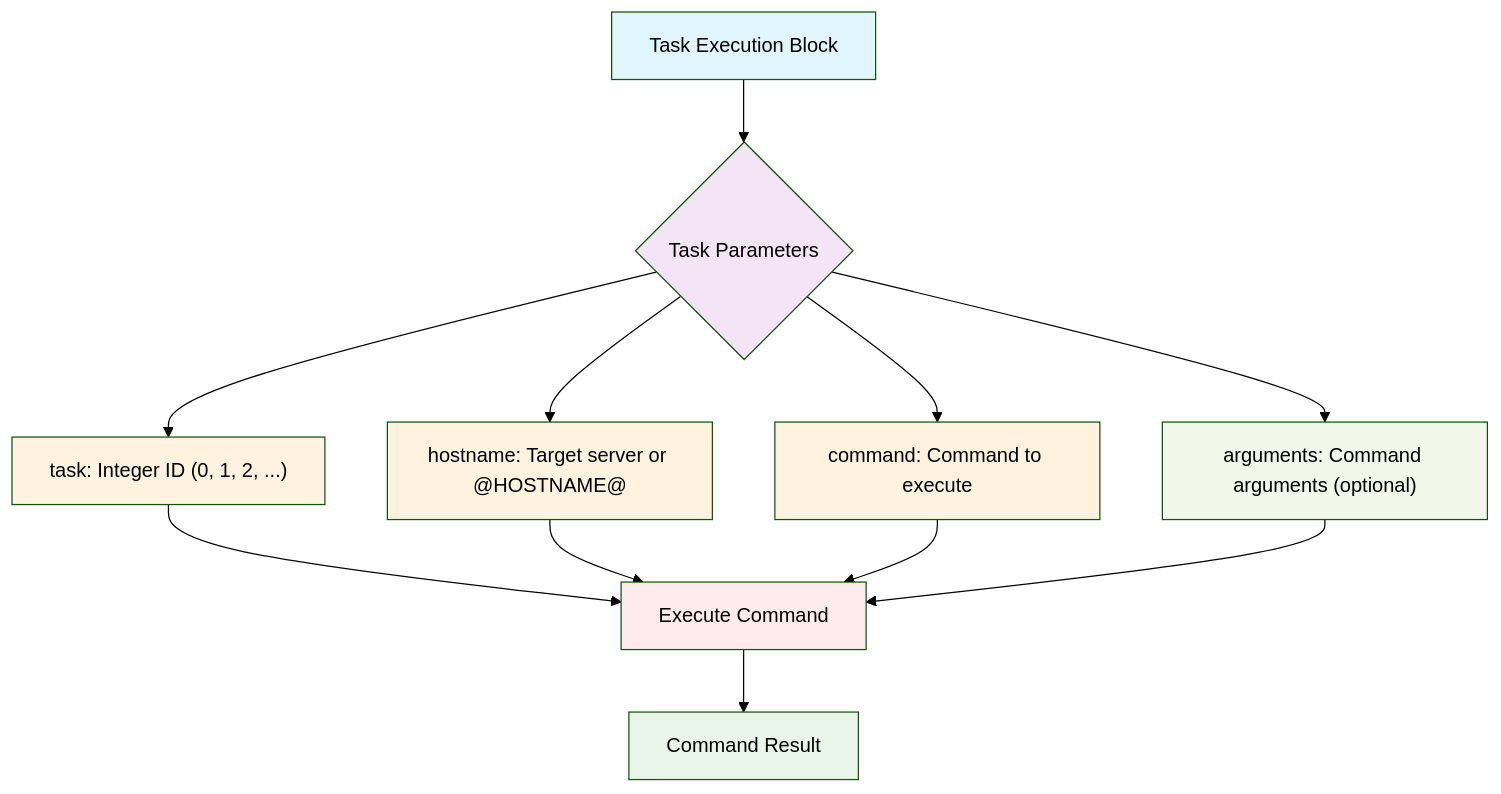
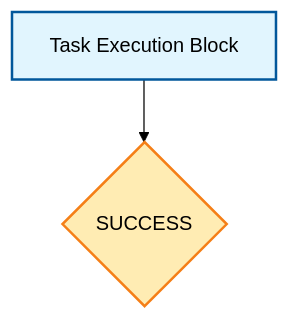
Before and after one commit to bastelbude1/Tasker: the second of 4 diagrams in TaskER_FlowChart.md, drawn with Mermaid (forest theme). The commit also changed other lines of this file, not shown here.

First line of the commit message:
📊 Redesign TaskER FlowChart as simple block inventory

````diff
--- a/TaskER_FlowChart.md
+++ b/TaskER_FlowChart.md
@@ -9,25 +71,7 @@
 ```mermaid
 flowchart TD
-    A[Task Execution Block] --> B{Task Parameters}
+    A[Task Execution Block] --> B{SUCCESS}
 
-    B --> C["task: Integer ID (0, 1, 2, ...)"]
-    B --> D["hostname: Target server or @HOSTNAME@"]
-    B --> E["command: Command to execute"]
-    B --> F["arguments: Command arguments (optional)"]
-
-    C --> G[Execute Command]
-    D --> G
-    E --> G
-    F --> G
-
-    G --> H[Command Result]
-
-    style A fill:#e1f5fe
-    style B fill:#f3e5f5
-    style C fill:#fff3e0
-    style D fill:#fff3e0
-    style E fill:#fff3e0
-    style F fill:#f1f8e9
-    style G fill:#ffebee
-    style H fill:#e8f5e8
+    style A fill:#e1f5fe,stroke:#01579b,stroke-width:2px
+    style B fill:#ffecb3,stroke:#f57f17,stroke-width:2px
 ```
````
